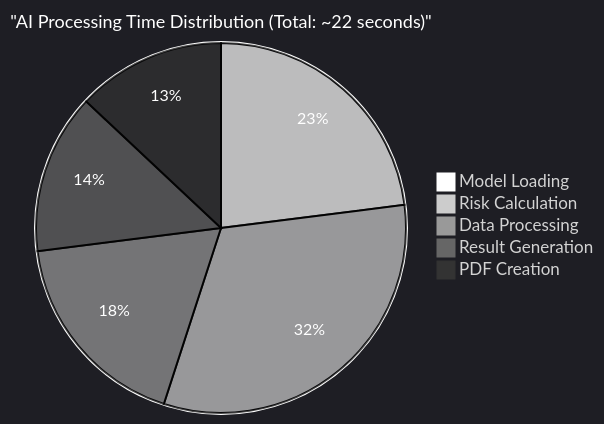
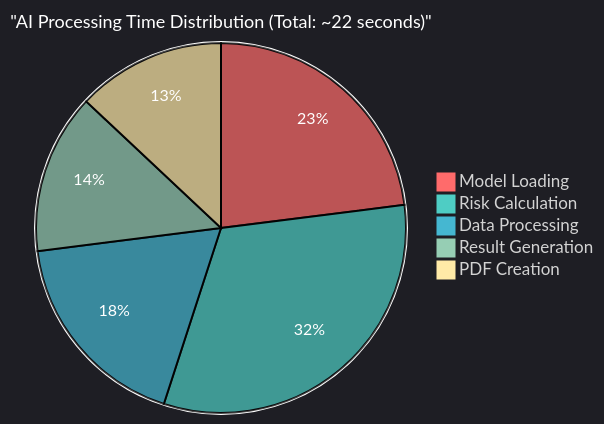
The seventh of 13 diagrams in README.md (Ping-2o/daryn), drawn with Mermaid before and after one commit. The commit also changed other lines of this file and 4 other files, not shown here.

````diff
--- a/README.md
+++ b/README.md
@@ -308,9 +340,10 @@
 ```mermaid
 %%{init: {'theme':'dark', 'themeVariables': {'pie1':'#ffffff', 'pie2':'#cccccc', 'pie3':'#999999', 'pie4':'#666666', 'pie5':'#333333', 'pieTitleTextSize':'18px', 'pieTitleTextColor':'#ffffff', 'pieSectionTextSize':'16px', 'pieSectionTextColor':'#ffffff', 'pieOuterStrokeWidth':'2px', 'pieOuterStrokeColor':'#ffffff'}}}%%
+%%{init: {'theme':'dark', 'themeVariables': {'pie1':'#ff6b6b', 'pie2':'#4ecdc4', 'pie3':'#45b7d1', 'pie4':'#96ceb4', 'pie5':'#ffeaa7', 'pieTitleTextSize':'18px', 'pieTitleTextColor':'#ffffff', 'pieSectionTextSize':'16px', 'pieSectionTextColor':'#ffffff', 'pieOuterStrokeWidth':'2px', 'pieOuterStrokeColor':'#ffffff'}}}%%
 pie title "AI Processing Time Distribution (Total: ~22 seconds)"
     "Model Loading" : 23
     "Risk Calculation" : 32
     "Data Processing" : 18
     "Result Generation" : 14
     "PDF Creation" : 13
 ```
````
